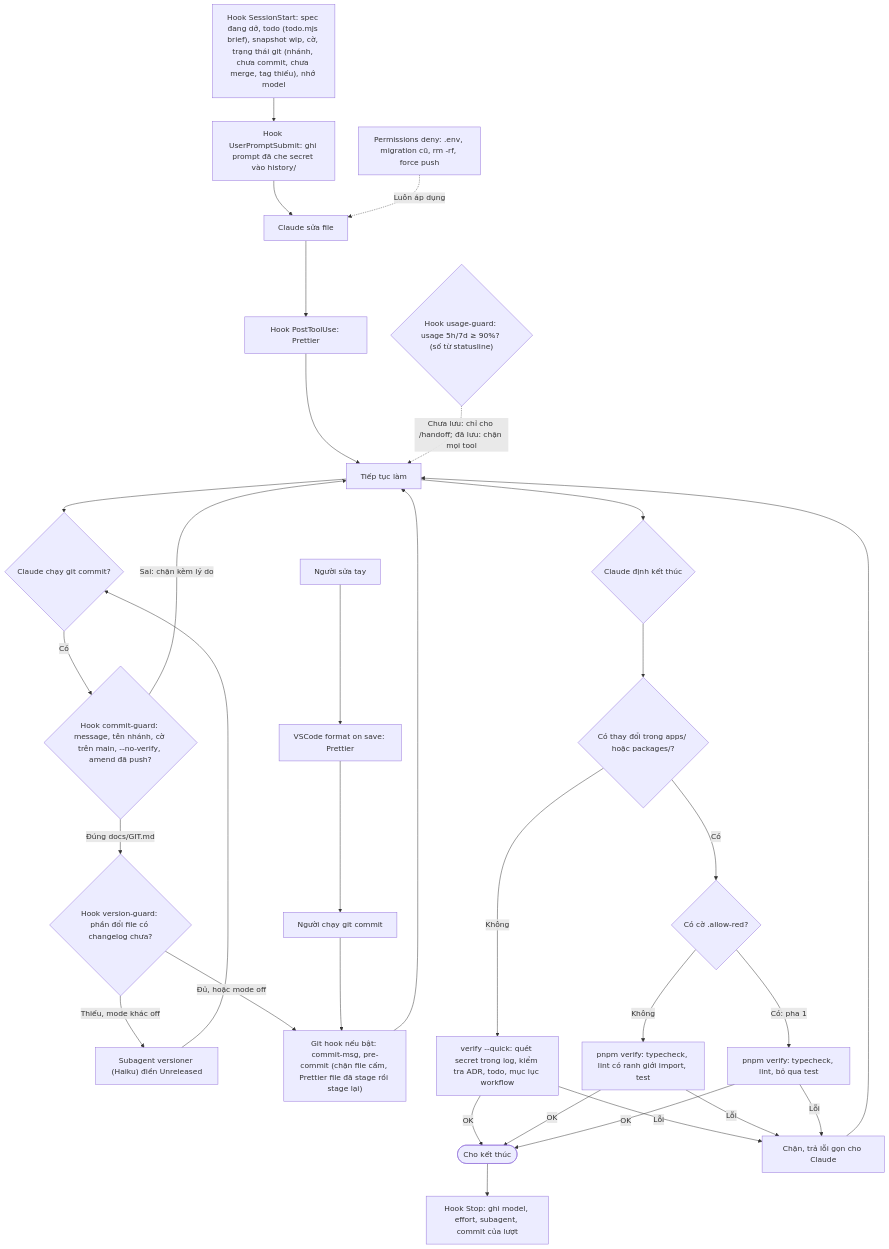
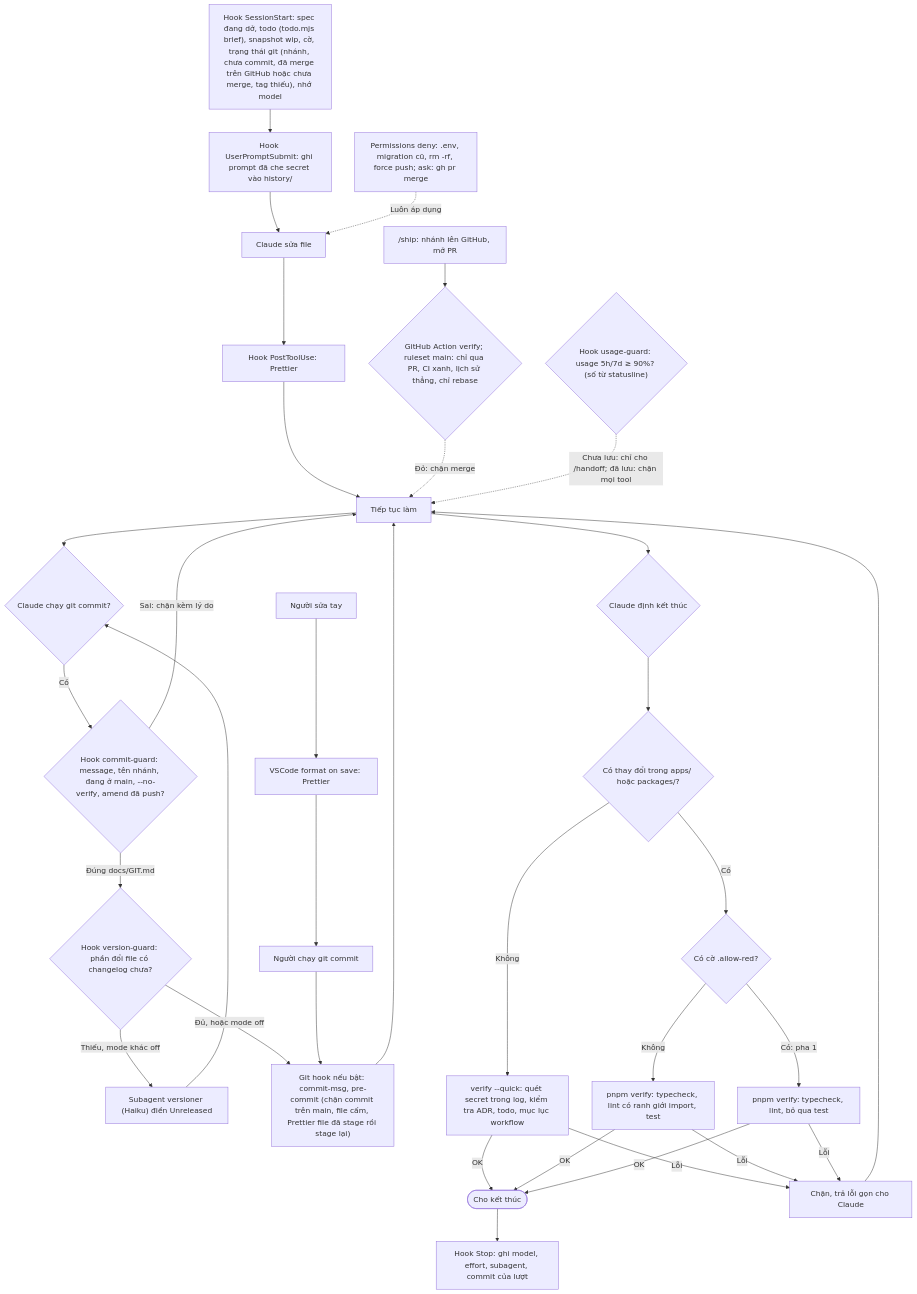
One commit to trantrong810-bz/claude-starter changed the diagram in docs/workflows/lop-bao-ve.md. Above: the diagram before and after it, drawn with Mermaid. The commit also changed 20 other files, not shown here.

````diff
--- a/docs/workflows/lop-bao-ve.md
+++ b/docs/workflows/lop-bao-ve.md
@@ -11,35 +11,37 @@
 ```mermaid
 flowchart TD
-    SS["Hook SessionStart: spec đang dở, todo (todo.mjs brief), snapshot wip, cờ, trạng thái git (nhánh, chưa commit, chưa merge, tag thiếu), nhớ model"] --> PROMPT
+    SS["Hook SessionStart: spec đang dở, todo (todo.mjs brief), snapshot wip, cờ, trạng thái git (nhánh, chưa commit, đã merge trên GitHub hoặc chưa merge, tag thiếu), nhớ model"] --> PROMPT
     PROMPT["Hook UserPromptSubmit: ghi prompt đã che secret vào history/"] --> EDIT
     EDIT["Claude sửa file"] --> FMT["Hook PostToolUse: Prettier"]
     FMT --> WORK["Tiếp tục làm"]
     WORK --> COMMIT{"Claude chạy git commit?"}
-    COMMIT -->|"Có"| CGUARD{"Hook commit-guard: message, tên nhánh, cờ trên main, --no-verify, amend đã push?"}
+    COMMIT -->|"Có"| CGUARD{"Hook commit-guard: message, tên nhánh, đang ở main, --no-verify, amend đã push?"}
     CGUARD -->|"Sai: chặn kèm lý do"| WORK
     CGUARD -->|"Đúng docs/GIT.md"| GUARD{"Hook version-guard: phần đổi file có changelog chưa?"}
     GUARD -->|"Thiếu, mode khác off"| VERS["Subagent versioner (Haiku) điền Unreleased"]
     VERS --> COMMIT
-    GUARD -->|"Đủ, hoặc mode off"| GITHOOK["Git hook nếu bật: commit-msg, pre-commit (chặn file cấm, Prettier file đã stage rồi stage lại)"]
+    GUARD -->|"Đủ, hoặc mode off"| GITHOOK["Git hook nếu bật: commit-msg, pre-commit (chặn commit trên main, file cấm, Prettier file đã stage rồi stage lại)"]
     GITHOOK --> WORK
     HUMAN["Người sửa tay"] --> SAVE["VSCode format on save: Prettier"]
     SAVE --> HCOMMIT["Người chạy git commit"]
     HCOMMIT --> GITHOOK
     WORK --> STOP{"Claude định kết thúc"}
     STOP --> DIFF{"Có thay đổi trong apps/ hoặc packages/?"}
     DIFF -->|"Không"| QUICK["verify --quick: quét secret trong log, kiểm tra ADR, todo, mục lục workflow"]
     QUICK -->|"OK"| END(["Cho kết thúc"])
     QUICK -->|"Lỗi"| BLOCK
     DIFF -->|"Có"| FLAG{"Có cờ .allow-red?"}
     FLAG -->|"Không"| VERIFY["pnpm verify: typecheck, lint có ranh giới import, test"]
     FLAG -->|"Có: pha 1"| VERIFYP1["pnpm verify: typecheck, lint, bỏ qua test"]
     VERIFY -->|"OK"| END
     VERIFYP1 -->|"OK"| END
     VERIFY -->|"Lỗi"| BLOCK["Chặn, trả lỗi gọn cho Claude"]
     VERIFYP1 -->|"Lỗi"| BLOCK
     BLOCK --> WORK
     END --> LOGM["Hook Stop: ghi model, effort, subagent, commit của lượt"]
 
-    PERM["Permissions deny: .env, migration cũ, rm -rf, force push"] -.->|"Luôn áp dụng"| EDIT
+    PERM["Permissions deny: .env, migration cũ, rm -rf, force push; ask: gh pr merge"] -.->|"Luôn áp dụng"| EDIT
+    PUSH["/ship: nhánh lên GitHub, mở PR"] --> CI{"GitHub Action verify; ruleset main: chỉ qua PR, CI xanh, lịch sử thẳng, chỉ rebase"}
+    CI -.->|"Đỏ: chặn merge"| WORK
     USAGE{"Hook usage-guard: usage 5h/7d ≥ 90%? (số từ statusline)"} -.->|"Chưa lưu: chỉ cho /handoff; đã lưu: chặn mọi tool"| WORK
 ```
````
